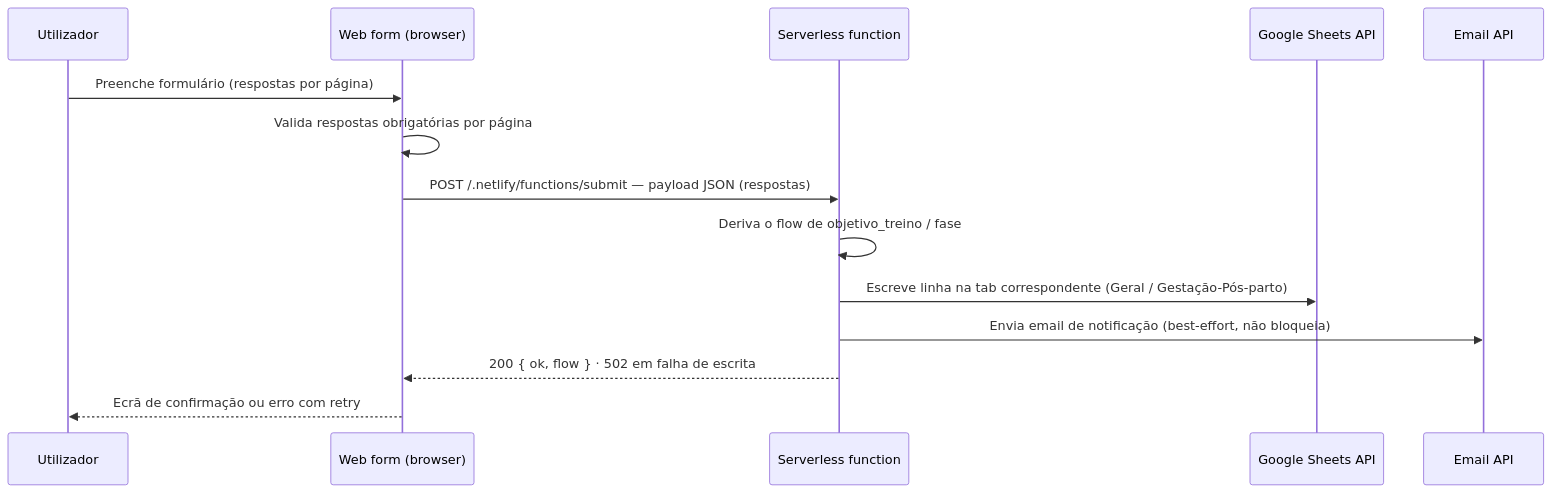
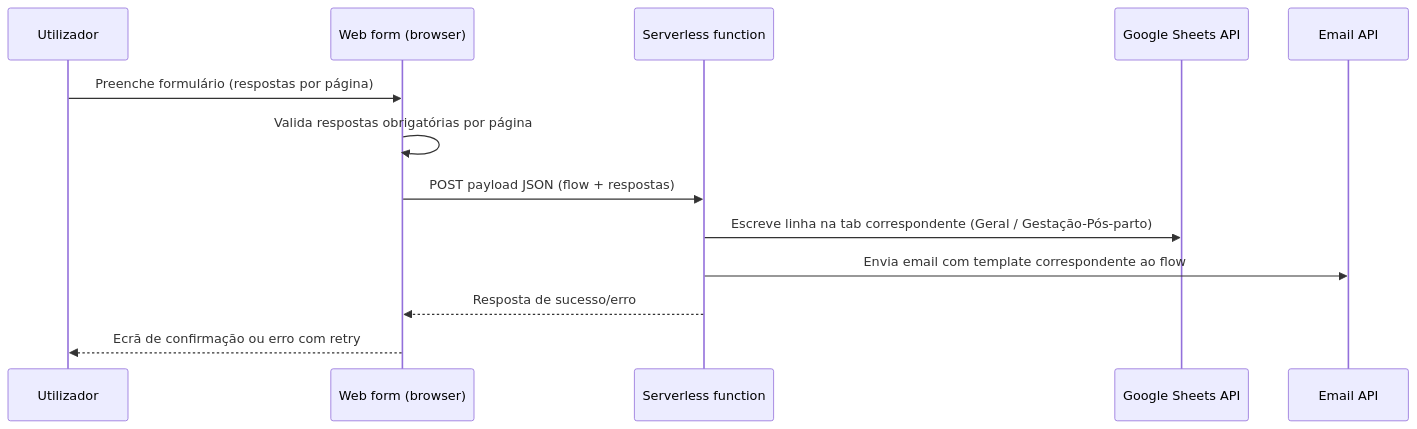
One commit to C2M2-Mobile-Minds/ignite-individual-coaching-web changed the second of 3 diagrams in README.md. Above: the diagram before and after it, drawn with Mermaid. The commit also changed other lines of this file, not shown here.

````diff
--- a/README.md
+++ b/README.md
@@ -123,17 +131,16 @@
 ```mermaid
 sequenceDiagram
     participant U as Utilizador
     participant W as Web form (browser)
     participant F as Serverless function
     participant S as Google Sheets API
     participant E as Email API
 
     U->>W: Preenche formulário (respostas por página)
     W->>W: Valida respostas obrigatórias por página
-    W->>F: POST /.netlify/functions/submit — payload JSON (respostas)
-    F->>F: Deriva o flow de objetivo_treino / fase
+    W->>F: POST payload JSON (flow + respostas)
     F->>S: Escreve linha na tab correspondente (Geral / Gestação-Pós-parto)
-    F->>E: Envia email de notificação (best-effort, não bloqueia)
-    F-->>W: 200 { ok, flow }  ·  502 em falha de escrita
+    F->>E: Envia email com template correspondente ao flow
+    F-->>W: Resposta de sucesso/erro
     W-->>U: Ecrã de confirmação ou erro com retry
 ```
````
